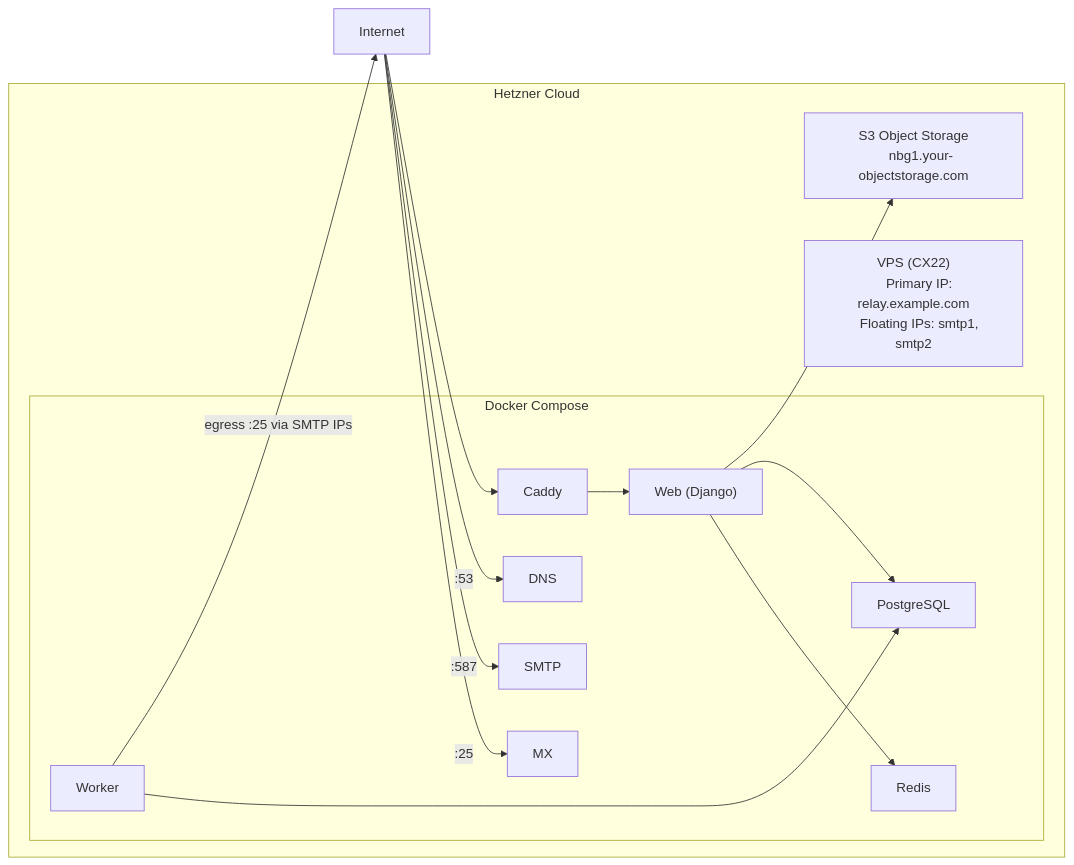
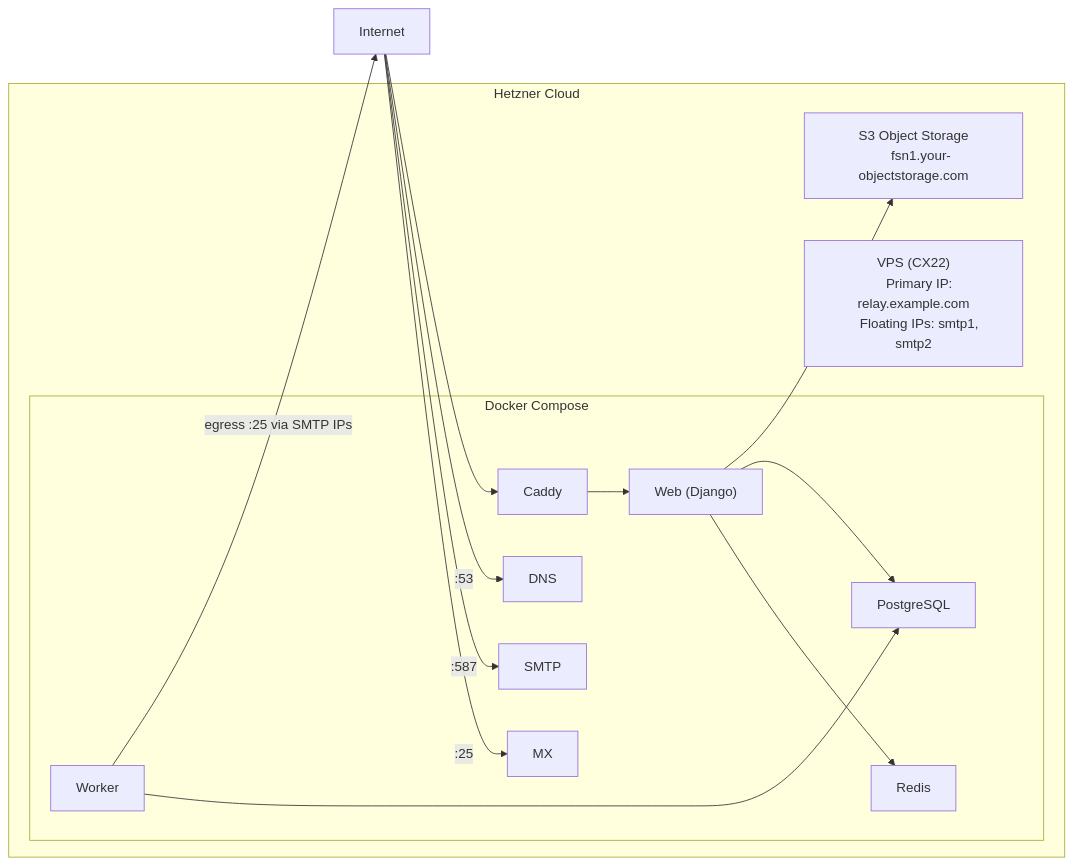
One commit to codingjoe/relay changed the diagram in terraform/README.md. Above: the diagram before and after it, drawn with Mermaid. The commit also changed other lines of this file and 4 other files, not shown here.

````diff
--- a/terraform/README.md
+++ b/terraform/README.md
@@ -9,34 +9,34 @@
 ```mermaid
 flowchart LR
   internet["Internet"]
 
   subgraph hetzner["Hetzner Cloud"]
     server["VPS (CX22)
     Primary IP: relay.example.com
     Floating IPs: smtp1, smtp2"]
 
     subgraph docker["Docker Compose"]
       web["Web (Django)"]
       dns["DNS"]
       smtp["SMTP"]
       mx["MX"]
       worker["Worker"]
       pg["PostgreSQL"]
       redis["Redis"]
       caddy["Caddy"]
     end
 
     s3["S3 Object Storage
-    nbg1.your-objectstorage.com"]
+    fsn1.your-objectstorage.com"]
   end
 
   internet --> caddy --> web
   internet -->|:53| dns
   internet -->|:587| smtp
   internet -->|:25| mx
   web --> s3
   web --> pg
   web --> redis
   worker -->|"egress :25 via SMTP IPs"| internet
   worker --> pg
 ```
````
